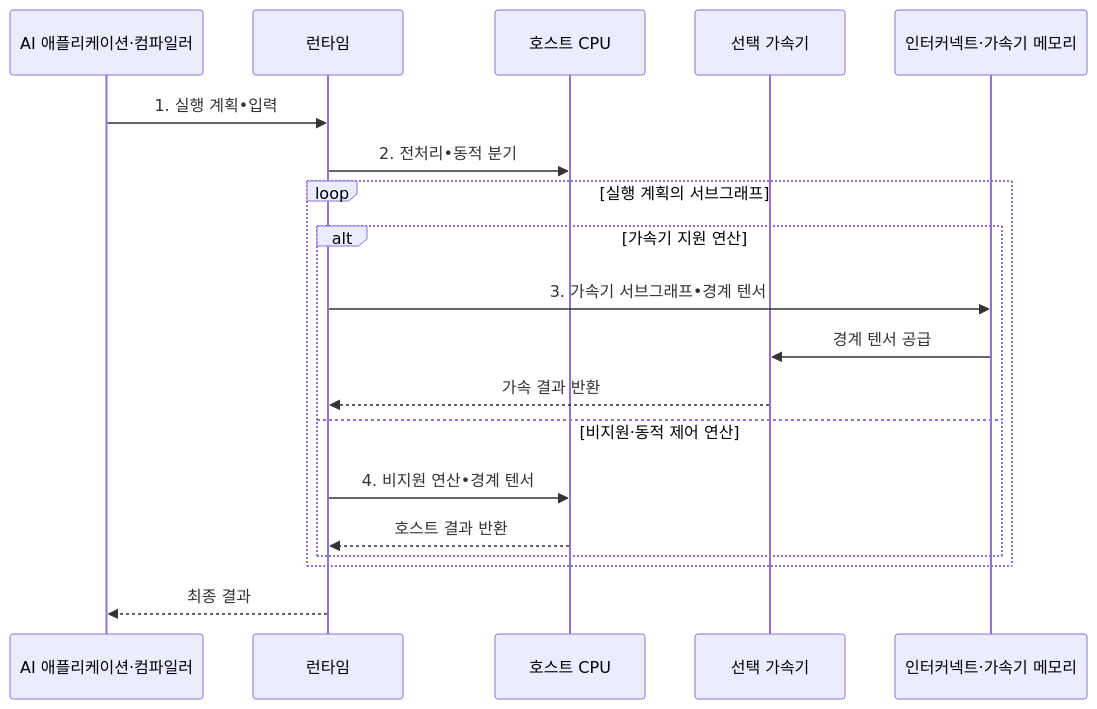
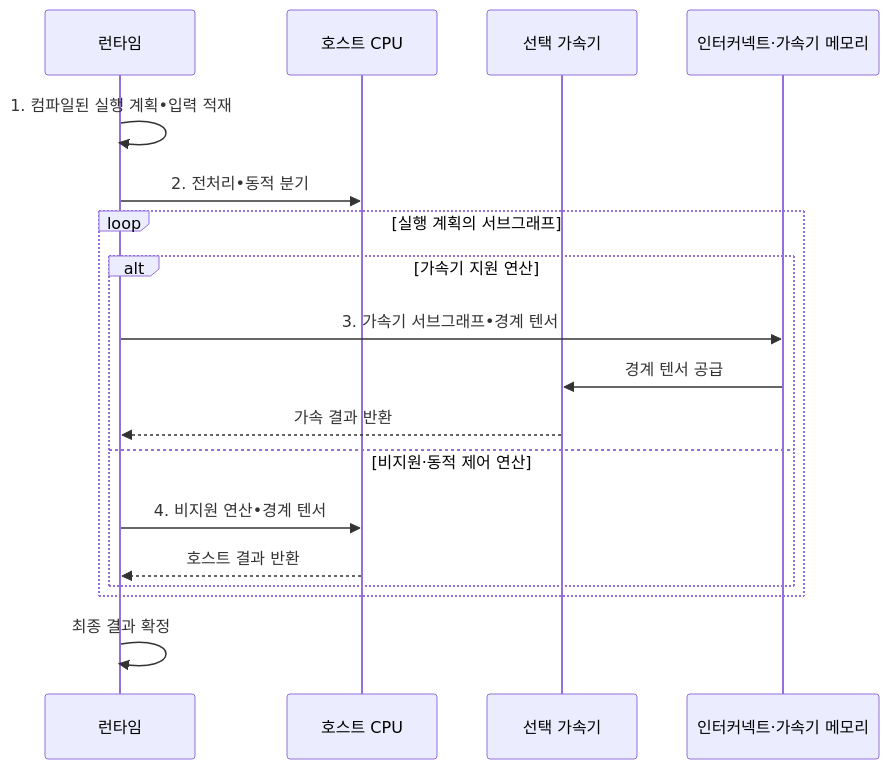
Before and after one commit to agnusdei1207/knowledge-base: the second of 2 diagrams in src/content/docs/notes/02-hardware/046_ai_accelerator_comparison.md, drawn with Mermaid. The commit also changed 9 other files, not shown here.

Commit message:
Reduce redundant hardware flow roles

````diff
--- a/src/content/docs/notes/02-hardware/046_ai_accelerator_comparison.md
+++ b/src/content/docs/notes/02-hardware/046_ai_accelerator_comparison.md
@@ -100,22 +100,21 @@
 ```mermaid
 sequenceDiagram
-    participant A as AI 애플리케이션·컴파일러
     participant R as 런타임
     participant H as 호스트 CPU
     participant X as 선택 가속기
     participant M as 인터커넥트·가속기 메모리
 
-    A->>R: 1. 실행 계획•입력
+    R->>R: 1. 컴파일된 실행 계획•입력 적재
     R->>H: 2. 전처리•동적 분기
     loop 실행 계획의 서브그래프
         alt 가속기 지원 연산
             R->>M: 3. 가속기 서브그래프•경계 텐서
             M->>X: 경계 텐서 공급
             X-->>R: 가속 결과 반환
         else 비지원·동적 제어 연산
             R->>H: 4. 비지원 연산•경계 텐서
             H-->>R: 호스트 결과 반환
         end
     end
-    R-->>A: 최종 결과
+    R->>R: 최종 결과 확정
 ```
````
